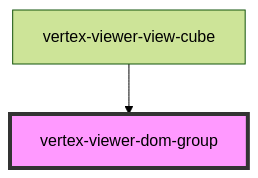
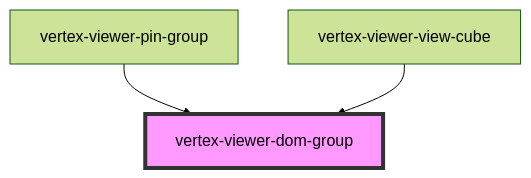
Before and after one commit to Vertexvis/vertex-web-sdk: the diagram in packages/viewer/src/components/viewer-dom-group/readme.md, drawn with Mermaid (forest theme). The commit also changed other lines of this file and 36 other files, not shown here.

````diff
--- a/packages/viewer/src/components/viewer-dom-group/readme.md
+++ b/packages/viewer/src/components/viewer-dom-group/readme.md
@@ -38,5 +39,6 @@
 ```mermaid
 graph TD;
+  vertex-viewer-pin-group --> vertex-viewer-dom-group
   vertex-viewer-view-cube --> vertex-viewer-dom-group
   style vertex-viewer-dom-group fill:#f9f,stroke:#333,stroke-width:4px
 ```
````
